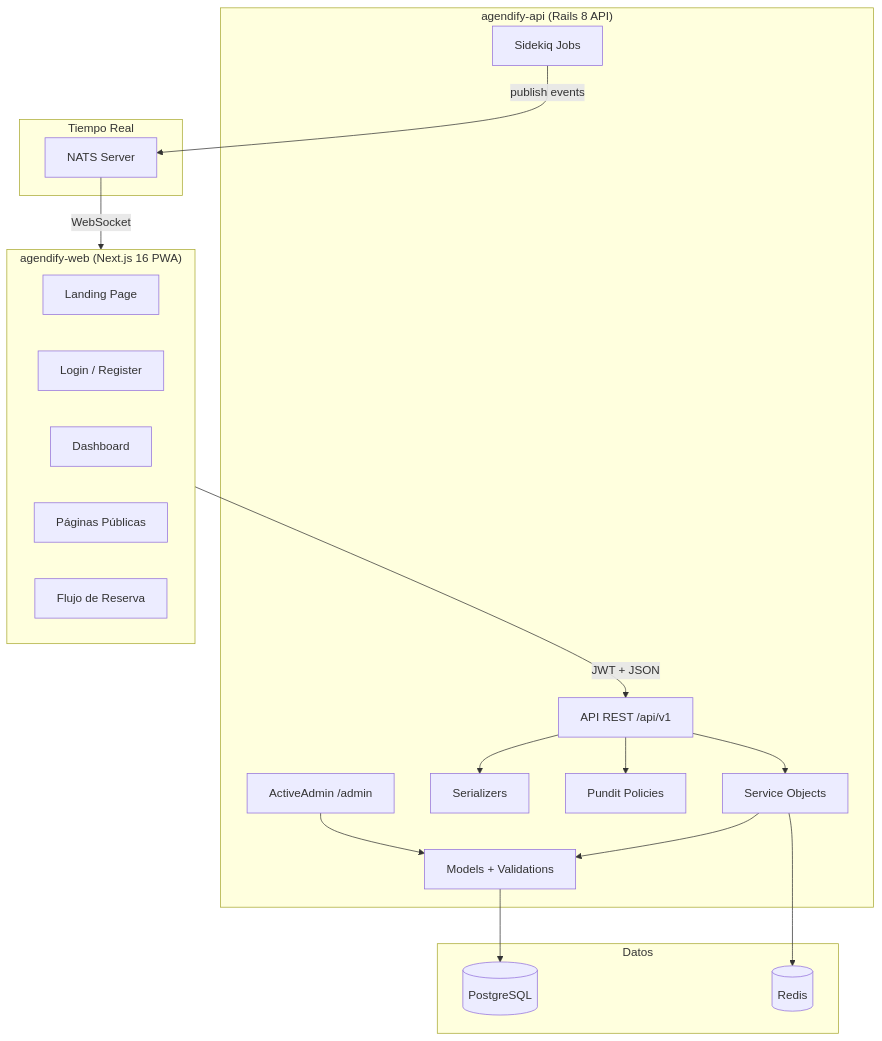
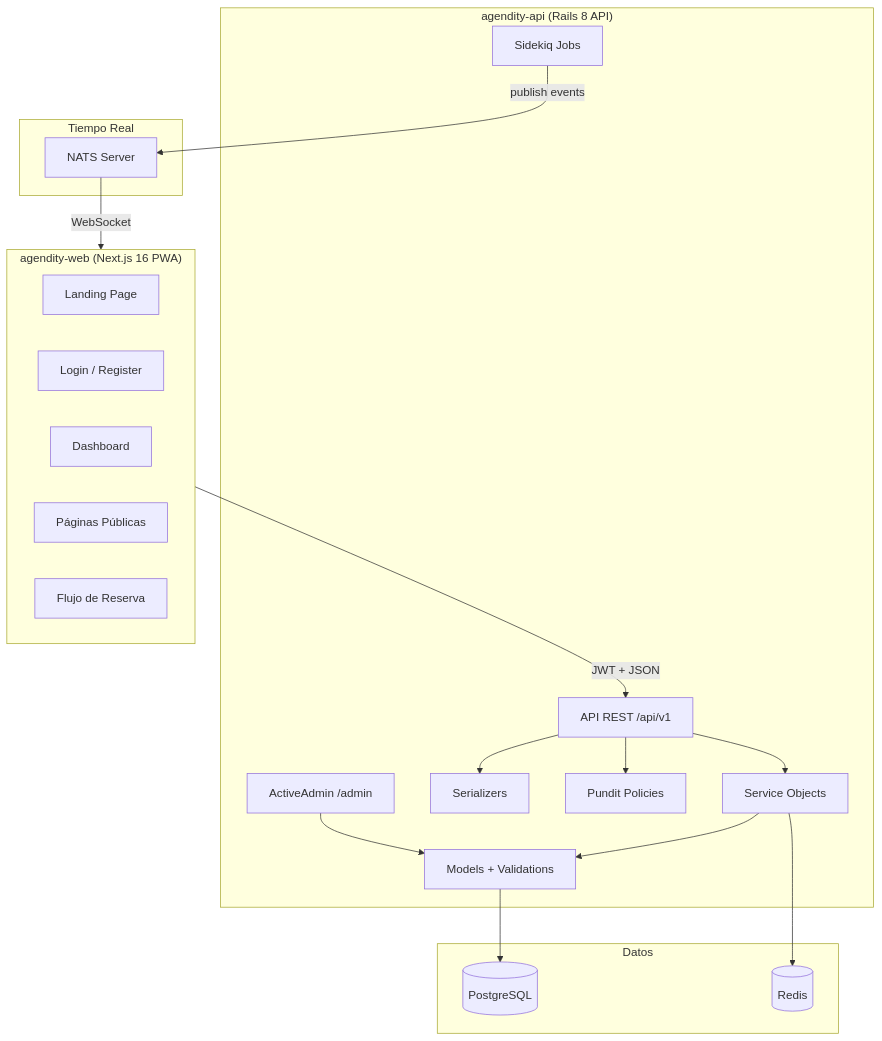
Before and after one commit to aaltamar12/agendify: the diagram in docs/tech/INDEX.md, drawn with Mermaid. The commit also changed other lines of this file and 566 other files, not shown here.

First line of the commit message:
rename: Agendify → Agendity across entire codebase

````diff
--- a/docs/tech/INDEX.md
+++ b/docs/tech/INDEX.md
@@ -42,38 +42,38 @@
 ```mermaid
 graph TB
-    subgraph Frontend["agendify-web (Next.js 16 PWA)"]
+    subgraph Frontend["agendity-web (Next.js 16 PWA)"]
         LP[Landing Page]
         AUTH[Login / Register]
         DASH[Dashboard]
         PUB[Páginas Públicas]
         BOOK[Flujo de Reserva]
     end
 
-    subgraph Backend["agendify-api (Rails 8 API)"]
+    subgraph Backend["agendity-api (Rails 8 API)"]
         API[API REST /api/v1]
         SVC[Service Objects]
         MOD[Models + Validations]
         SER[Serializers]
         POL[Pundit Policies]
         AA[ActiveAdmin /admin]
         JOBS[Sidekiq Jobs]
     end
 
     subgraph Data["Datos"]
         PG[(PostgreSQL)]
         RD[(Redis)]
     end
 
     subgraph Realtime["Tiempo Real"]
         NATS[NATS Server]
     end
 
     Frontend -->|JWT + JSON| API
     API --> SVC --> MOD --> PG
     API --> SER
     API --> POL
     SVC --> RD
     AA --> MOD
     JOBS -->|publish events| NATS
     NATS -->|WebSocket| Frontend
 ```
````
